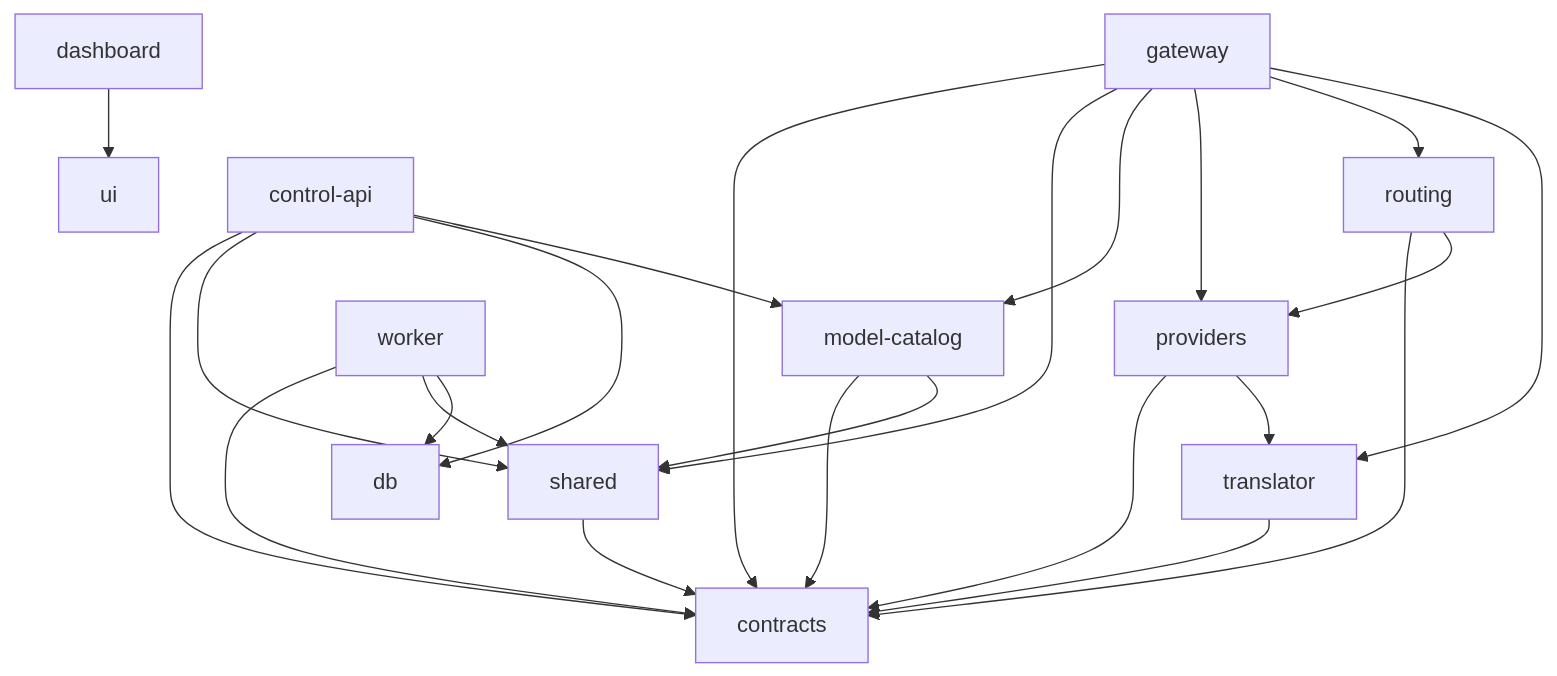
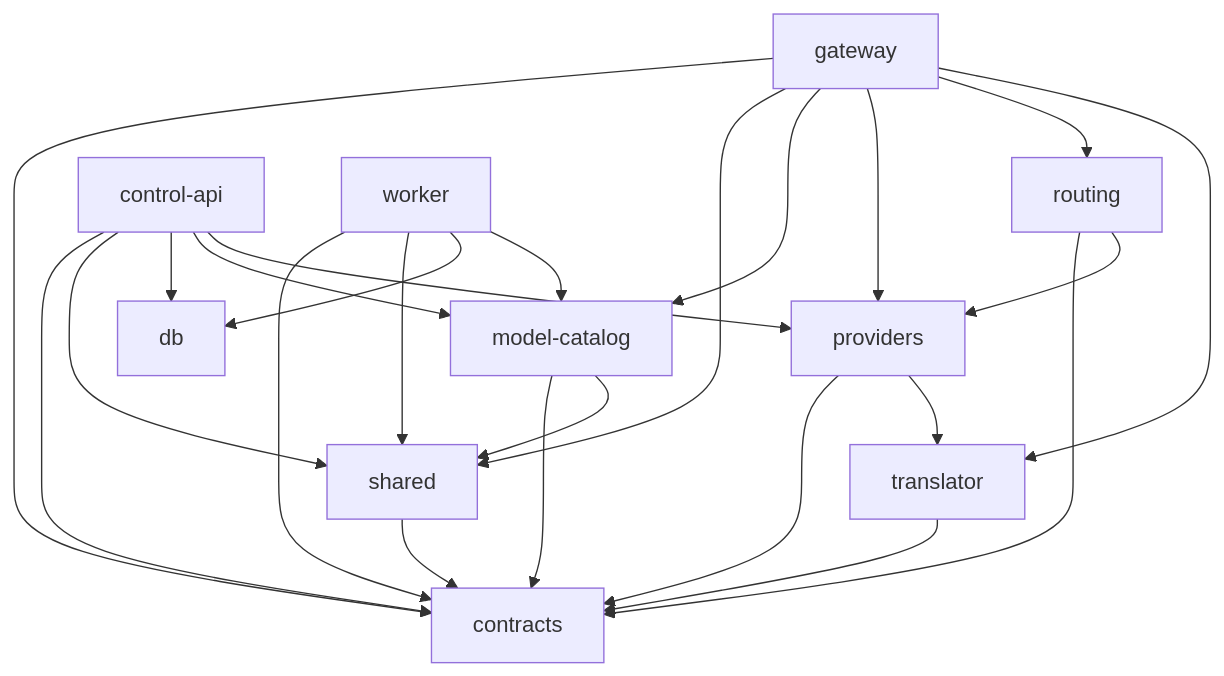
One commit to alirezariahi/dirouter changed the fifth of 7 diagrams in README.fa.md. Above: the diagram before and after it, drawn with Mermaid. The commit also changed other lines of this file and 32 other files, not shown here.

````diff
--- a/README.fa.md
+++ b/README.fa.md
@@ -228,12 +231,11 @@
 ```mermaid
 flowchart TB
   gw["gateway"] --> contracts & shared & catalog["model-catalog"] & providers & routing & translator
-  api["control-api"] --> contracts & shared & db & catalog
-  wk["worker"] --> contracts & shared & db
-  dash["dashboard"] --> ui
+  api["control-api"] --> contracts & shared & db & catalog & providers
+  wk["worker"] --> contracts & shared & db & catalog
   routing --> contracts & providers
   providers --> contracts & translator
   translator --> contracts
   catalog --> contracts & shared
   shared --> contracts
 ```
````
